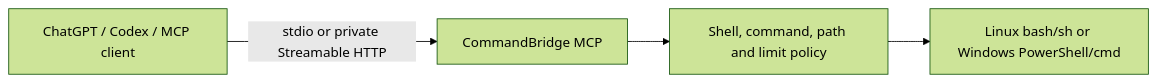
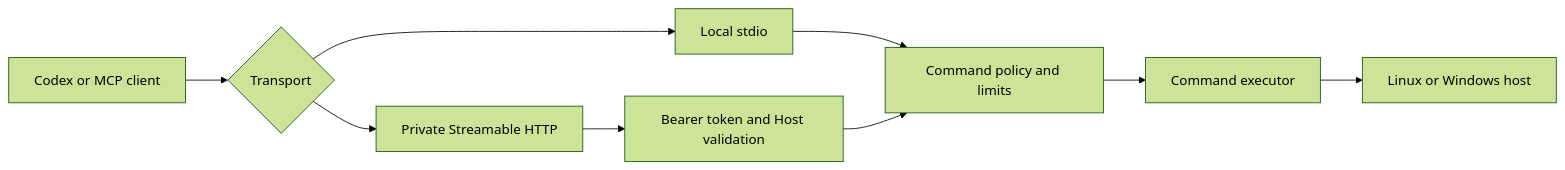
Before and after one commit to HsinPu/command-bridge-mcp-server: the diagram in README.md, drawn with Mermaid (forest theme). The commit also changed other lines of this file and 1 other file, not shown here.

````diff
--- a/README.md
+++ b/README.md
@@ -20,6 +60,20 @@
-~~~mermaid
+```mermaid
 flowchart LR
-    AI["ChatGPT / Codex / MCP client"] -->|"stdio or private Streamable HTTP"| MCP["CommandBridge MCP"]
-    MCP --> POLICY["Shell, command, path and limit policy"]
-    POLICY --> HOST["Linux bash/sh or Windows PowerShell/cmd"]
-~~~
+    CLIENT["Codex or MCP client"]
+    TRANSPORT{"Transport"}
+    STDIO["Local stdio"]
+    HTTP["Private Streamable HTTP"]
+    AUTH["Bearer token and Host validation"]
+    POLICY["Command policy and limits"]
+    EXECUTOR["Command executor"]
+    HOST["Linux or Windows host"]
+
+    CLIENT --> TRANSPORT
+    TRANSPORT --> STDIO
+    TRANSPORT --> HTTP
+    HTTP --> AUTH
+    STDIO --> POLICY
+    AUTH --> POLICY
+    POLICY --> EXECUTOR
+    EXECUTOR --> HOST
+```
````
